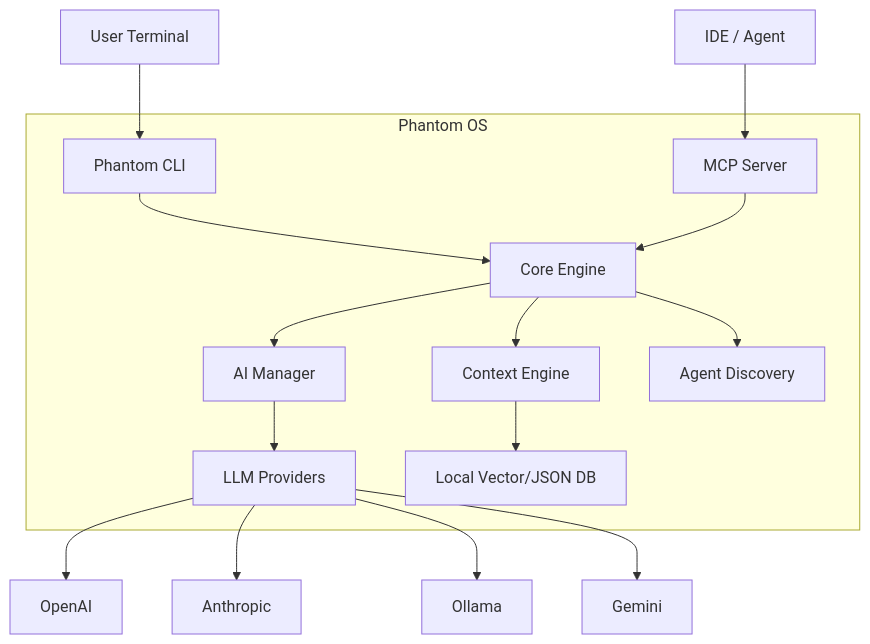
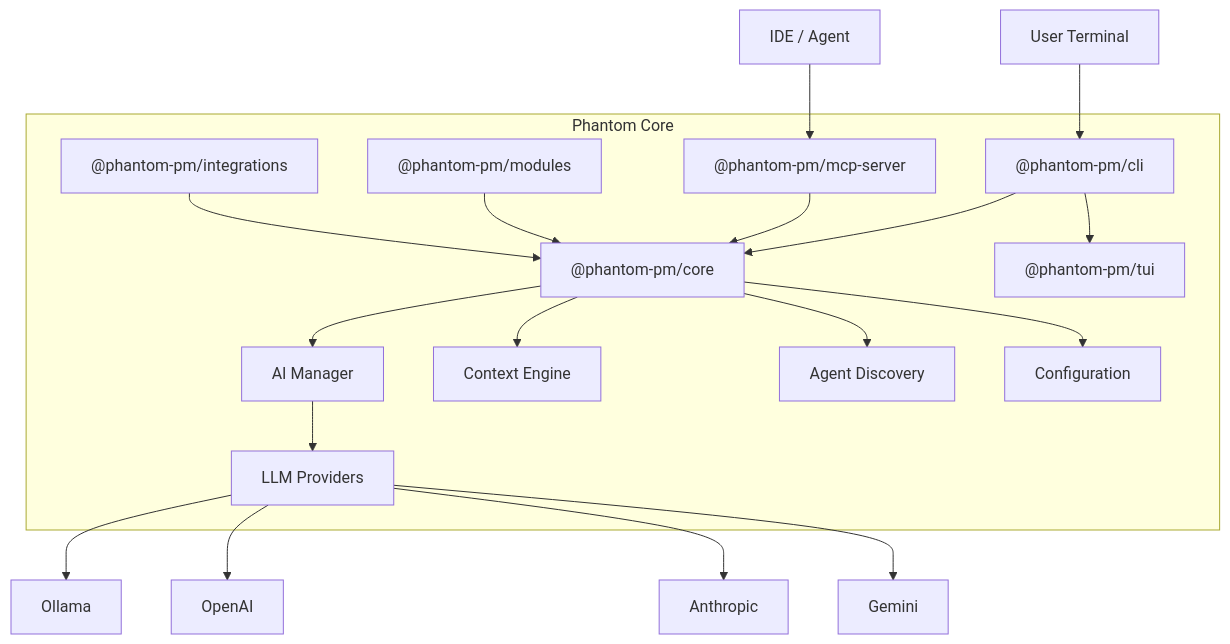
Before and after one commit to sir-ad/Phantom: the diagram in docs/architecture.md, drawn with Mermaid. The commit also changed other lines of this file and 130 other files, not shown here.

````diff
--- a/docs/architecture.md
+++ b/docs/architecture.md
@@ -7,22 +12,26 @@
 ```mermaid
 graph TD
-    User[User Terminal] --> CLI[Phantom CLI]
-    IDE[IDE / Agent] --> MCP[MCP Server]
+    User[User Terminal] --> CLI["@phantom-pm/cli"]
+    IDE[IDE / Agent] --> MCP["@phantom-pm/mcp-server"]
     
-    subgraph "Phantom OS"
-        CLI --> Core[Core Engine]
+    subgraph "Phantom Core"
+        CLI --> Core["@phantom-pm/core"]
         MCP --> Core
+        CLI --> TUI["@phantom-pm/tui"]
         
         Core --> AI[AI Manager]
         Core --> Context[Context Engine]
         Core --> Discovery[Agent Discovery]
+        Core --> Config[Configuration]
         
         AI --> Providers[LLM Providers]
-        Context --> LocalDB[Local Vector/JSON DB]
+        
+        Modules["@phantom-pm/modules"] --> Core
+        Integrations["@phantom-pm/integrations"] --> Core
     end
     
-    Providers --> OpenAI
-    Providers --> Anthropic
-    Providers --> Ollama
-    Providers --> Gemini
+    Providers --> Ollama[Ollama]
+    Providers --> OpenAI[OpenAI]
+    Providers --> Anthropic[Anthropic]
+    Providers --> Gemini[Gemini]
 ```
````
